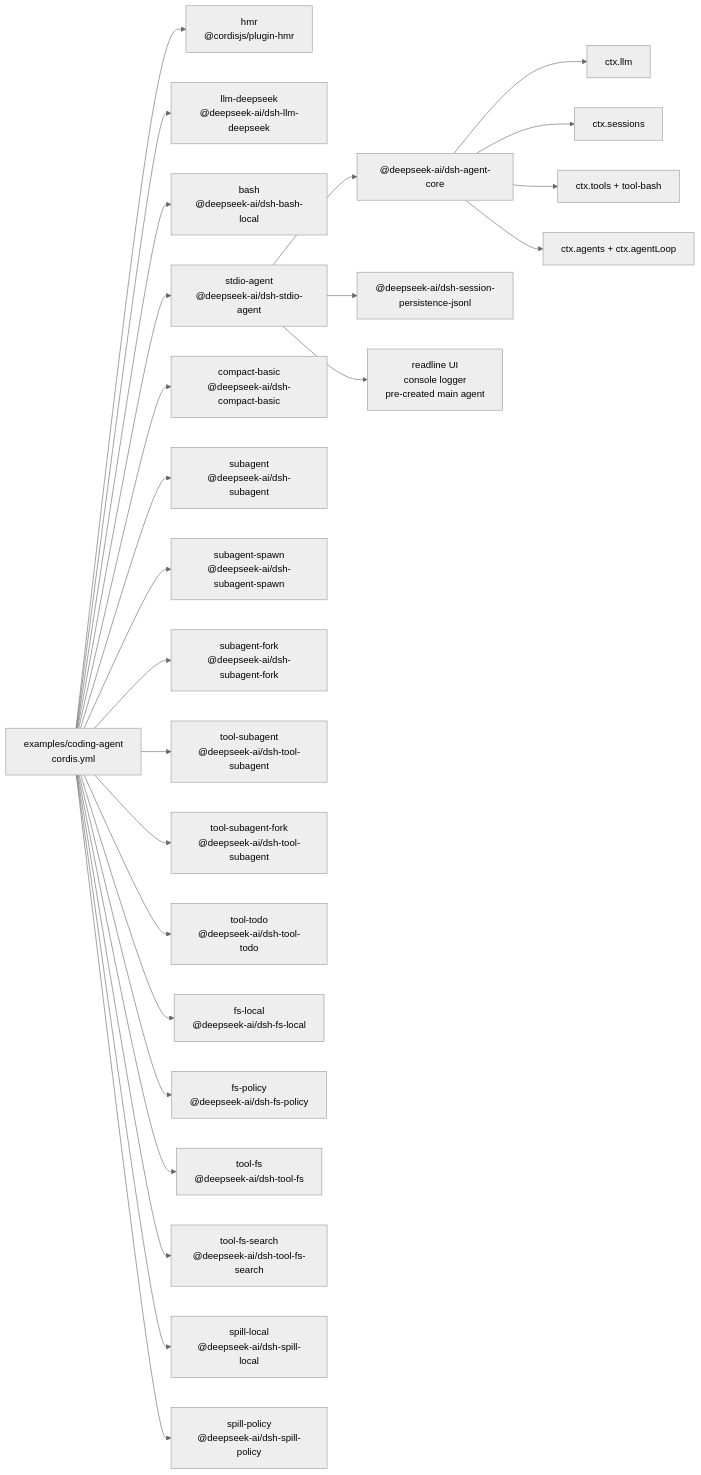
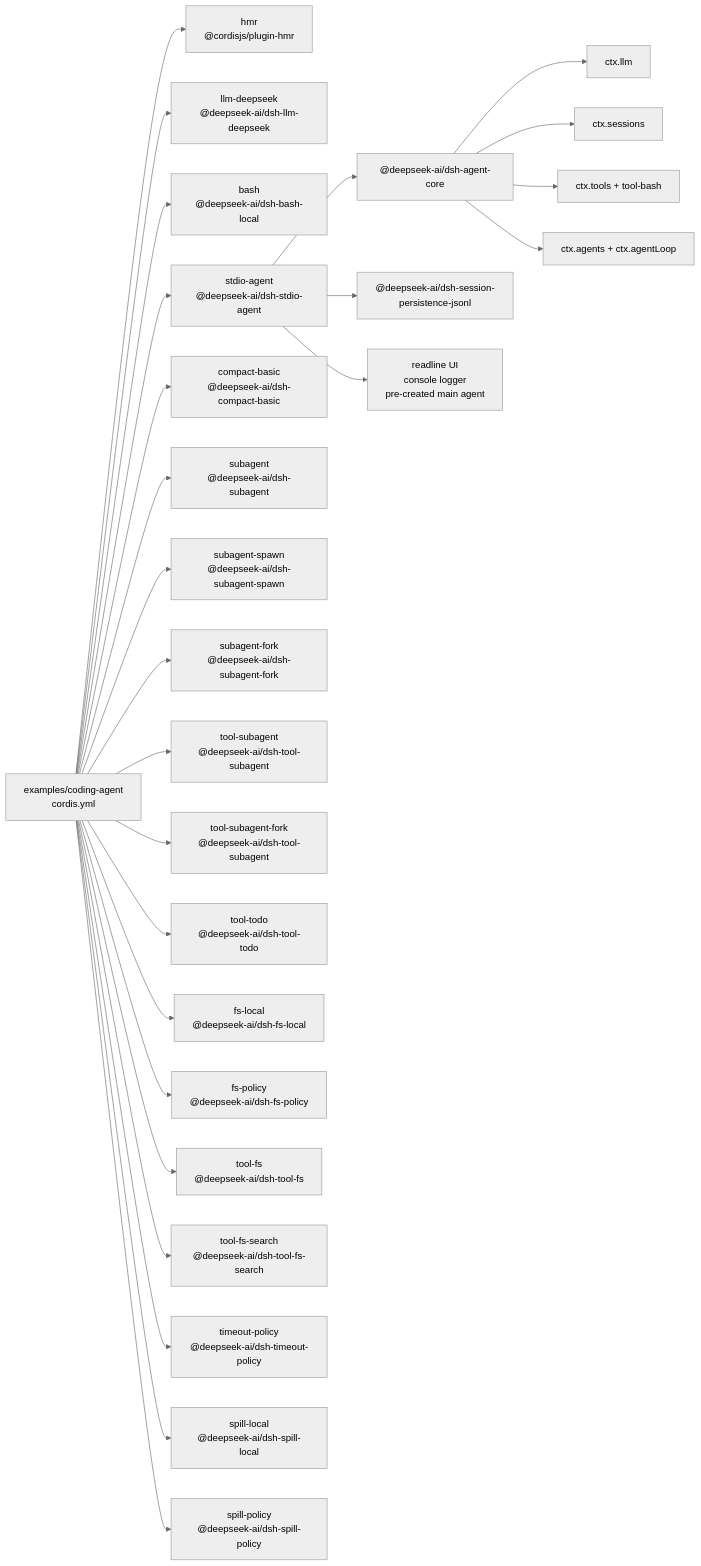
One commit to 007M7/DeepCode changed the diagram in examples/coding-agent/composition.md. Above: the diagram before and after it, drawn with Mermaid (neutral theme). The commit also changed other lines of this file and 3 other files, not shown here.

````diff
--- a/examples/coding-agent/composition.md
+++ b/examples/coding-agent/composition.md
@@ -8,45 +8,47 @@
 ```mermaid
 flowchart LR
   cfg["examples/coding-agent<br/>cordis.yml"]
   plugin_coding_hmr["hmr<br/>@cordisjs/plugin-hmr"]
   cfg --> plugin_coding_hmr
   plugin_coding_llm_deepseek["llm-deepseek<br/>@deepseek-ai/dsh-llm-deepseek"]
   cfg --> plugin_coding_llm_deepseek
   plugin_coding_bash["bash<br/>@deepseek-ai/dsh-bash-local"]
   cfg --> plugin_coding_bash
   plugin_coding_stdio_agent["stdio-agent<br/>@deepseek-ai/dsh-stdio-agent"]
   cfg --> plugin_coding_stdio_agent
   plugin_coding_stdio_agent --> bundle_agent_core["@deepseek-ai/dsh-agent-core"]
   plugin_coding_stdio_agent --> bundle_jsonl["@deepseek-ai/dsh-session-persistence-jsonl"]
   plugin_coding_stdio_agent --> frontdoor_stdio["readline UI<br/>console logger<br/>pre-created main agent"]
   bundle_agent_core --> spine_llm["ctx.llm"]
   bundle_agent_core --> spine_sessions["ctx.sessions"]
   bundle_agent_core --> spine_tools["ctx.tools + tool-bash"]
   bundle_agent_core --> spine_loop["ctx.agents + ctx.agentLoop"]
   plugin_coding_compact_basic["compact-basic<br/>@deepseek-ai/dsh-compact-basic"]
   cfg --> plugin_coding_compact_basic
   plugin_coding_subagent["subagent<br/>@deepseek-ai/dsh-subagent"]
   cfg --> plugin_coding_subagent
   plugin_coding_subagent_spawn["subagent-spawn<br/>@deepseek-ai/dsh-subagent-spawn"]
   cfg --> plugin_coding_subagent_spawn
   plugin_coding_subagent_fork["subagent-fork<br/>@deepseek-ai/dsh-subagent-fork"]
   cfg --> plugin_coding_subagent_fork
   plugin_coding_tool_subagent["tool-subagent<br/>@deepseek-ai/dsh-tool-subagent"]
   cfg --> plugin_coding_tool_subagent
   plugin_coding_tool_subagent_fork["tool-subagent-fork<br/>@deepseek-ai/dsh-tool-subagent"]
   cfg --> plugin_coding_tool_subagent_fork
   plugin_coding_tool_todo["tool-todo<br/>@deepseek-ai/dsh-tool-todo"]
   cfg --> plugin_coding_tool_todo
   plugin_coding_fs_local["fs-local<br/>@deepseek-ai/dsh-fs-local"]
   cfg --> plugin_coding_fs_local
   plugin_coding_fs_policy["fs-policy<br/>@deepseek-ai/dsh-fs-policy"]
   cfg --> plugin_coding_fs_policy
   plugin_coding_tool_fs["tool-fs<br/>@deepseek-ai/dsh-tool-fs"]
   cfg --> plugin_coding_tool_fs
   plugin_coding_tool_fs_search["tool-fs-search<br/>@deepseek-ai/dsh-tool-fs-search"]
   cfg --> plugin_coding_tool_fs_search
+  plugin_coding_timeout_policy["timeout-policy<br/>@deepseek-ai/dsh-timeout-policy"]
+  cfg --> plugin_coding_timeout_policy
   plugin_coding_spill_local["spill-local<br/>@deepseek-ai/dsh-spill-local"]
   cfg --> plugin_coding_spill_local
   plugin_coding_spill_policy["spill-policy<br/>@deepseek-ai/dsh-spill-policy"]
   cfg --> plugin_coding_spill_policy
 ```
````
